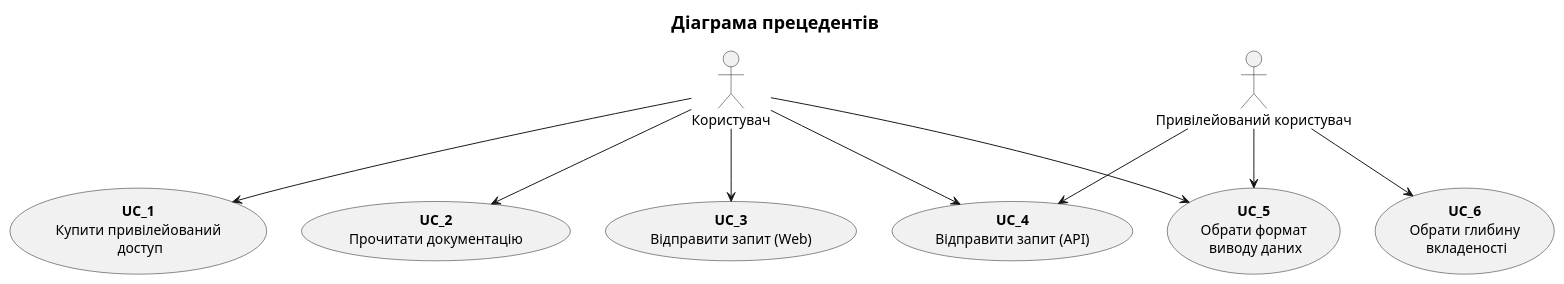
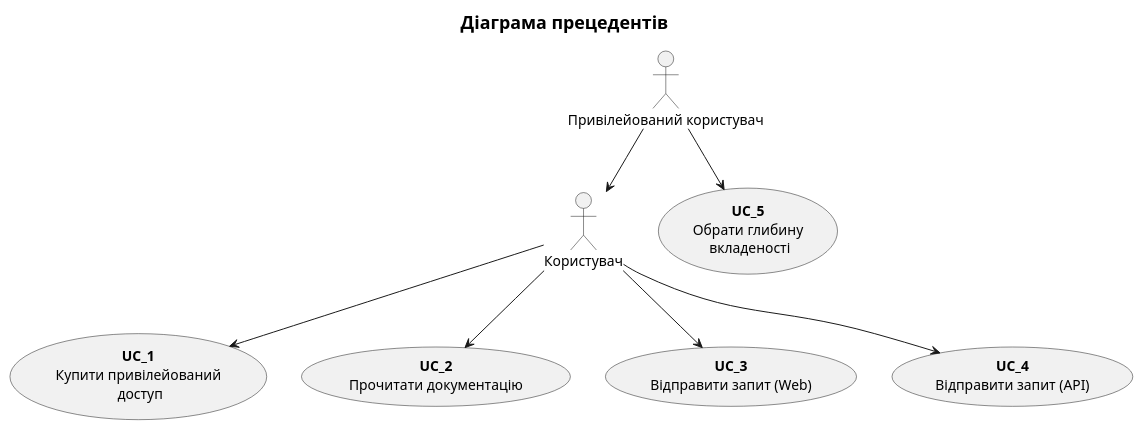
Before and after one commit to NeProgramist/Cytrus: the diagram in doc/uml/functionality.puml, drawn with PlantUML. The commit also changed 7 other files, not shown here.

```diff
--- a/doc/uml/functionality.puml
+++ b/doc/uml/functionality.puml
@@ -1,25 +1,22 @@
 @startuml
 title
 <font size=18 color=black>Діаграма прецедентів
 end title
 
 actor "Користувач" as User
 actor "Привілейований користувач" as superUser
 
 usecase "<b>UC_1</b>\nКупити привілейований\n доступ" as UC_1
 usecase "<b>UC_2</b>\nПрочитати документацію" as UC_2
 usecase "<b>UC_3</b>\nВідправити запит (Web)" as UC_3
 usecase "<b>UC_4</b>\nВідправити запит (API)" as UC_4
-usecase "<b>UC_5</b>\nОбрати формат\n виводу даних" as UC_5
-usecase "<b>UC_6</b>\nОбрати глибину\n вкладеності" as UC_6
+usecase "<b>UC_5</b>\nОбрати глибину\n вкладеності" as UC_5
 
 User --> UC_1
 User --> UC_2
 User --> UC_3
 User --> UC_4
-User --> UC_5
 
-superUser --> UC_4
+superUser --> User
 superUser --> UC_5
-superUser --> UC_6
 @enduml
```
